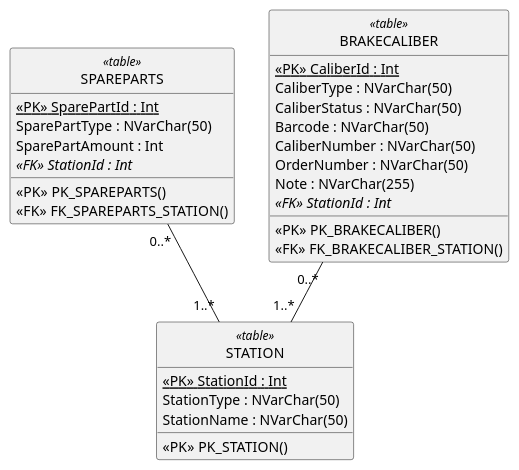
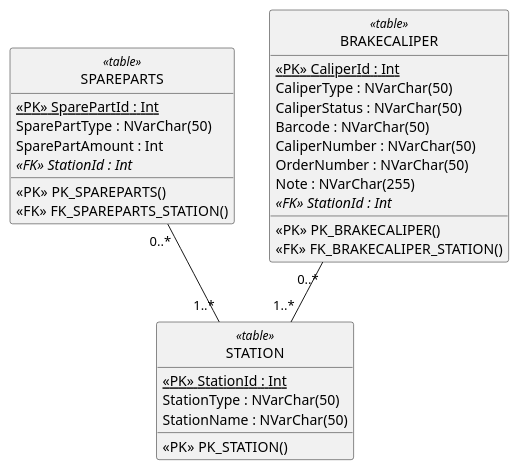
One commit to senan2315/Team-5A-Budweg changed the diagram in Informationsartefakter/16-ERD-UMLDatabaseModel.plantuml. Above: the diagram before and after it, drawn with PlantUML. The commit also changed 1 other file, not shown here.

Commit message:
rettet småfejl i UML

```diff
--- a/Informationsartefakter/16-ERD-UMLDatabaseModel.plantuml
+++ b/Informationsartefakter/16-ERD-UMLDatabaseModel.plantuml
@@ -1,42 +1,42 @@
 @startuml - UML DatabaseModel for Budweg
 hide circle
 
 /'Relationer
 SPAREPARTS(<ins>SparePartId</ins> SparePartType, SparePartAmount)
 STATION(<ins>StationId</ins>, StationType, StationsName, *SparePartId*)
-BRAKECALIBER(<ins>CaliberId</ins>, CaliberType, CaliberStatus, Barcode, CaliberNumber, OrderNumber, Note, *StationId*)
+BRAKECALIPER(<ins>CaliperId</ins>, CaliperType, CaliperStatus, Barcode, CaliperNumber, OrderNumber, Note, *StationId*)
 '/
 class "SPAREPARTS" <<table>>{
     {static} <<PK>> SparePartId : Int
     {field} SparePartType : NVarChar(50)
     {field} SparePartAmount : Int
     //<<FK>> StationId : Int//
     {method} <<PK>> PK_SPAREPARTS()
     {method} <<FK>> FK_SPAREPARTS_STATION()
 }
 
 class "STATION" <<table>>{
     {static} <<PK>> StationId : Int
     {field} StationType : NVarChar(50)
     {field} StationName : NVarChar(50)
     {method} <<PK>> PK_STATION()
 }
 
-class "BRAKECALIBER" <<table>>{
-    {static} <<PK>> CaliberId : Int
-    {field} CaliberType : NVarChar(50)
-    {field} CaliberStatus : NVarChar(50)
+class "BRAKECALIPER" <<table>>{
+    {static} <<PK>> CaliperId : Int
+    {field} CaliperType : NVarChar(50)
+    {field} CaliperStatus : NVarChar(50)
     {field} Barcode : NVarChar(50)
-    {field} CaliberNumber : NVarChar(50)
+    {field} CaliperNumber : NVarChar(50)
     {field} OrderNumber : NVarChar(50)
     {field} Note : NVarChar(255)
     //<<FK>> StationId : Int//
-    {method} <<PK>> PK_BRAKECALIBER()
-    {method} <<FK>> FK_BRAKECALIBER_STATION()
+    {method} <<PK>> PK_BRAKECALIPER()
+    {method} <<FK>> FK_BRAKECALIPER_STATION()
 }
 'relationer'
 SPAREPARTS "0..*" -- "1..*" STATION
-BRAKECALIBER "0..*" -- "1..*" STATION
+BRAKECALIPER "0..*" -- "1..*" STATION
 
 
 @enduml
```
